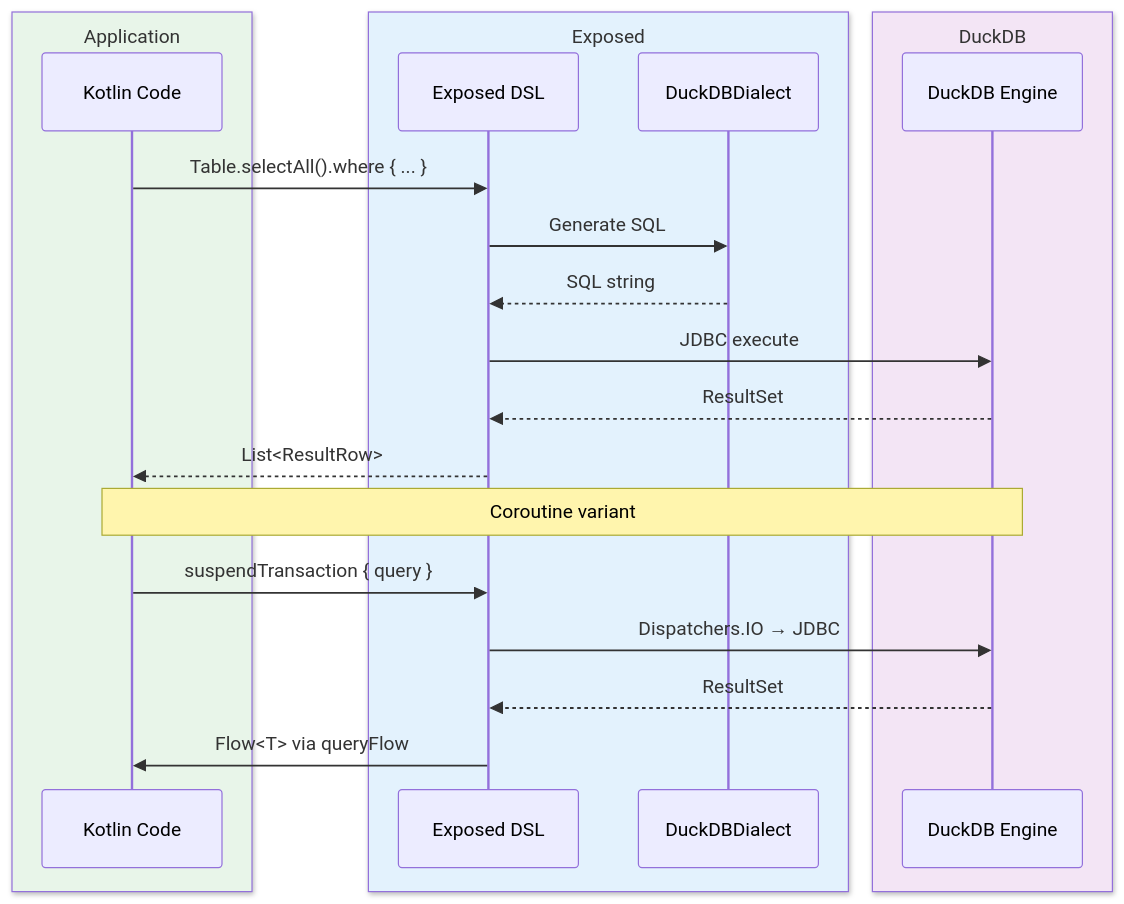
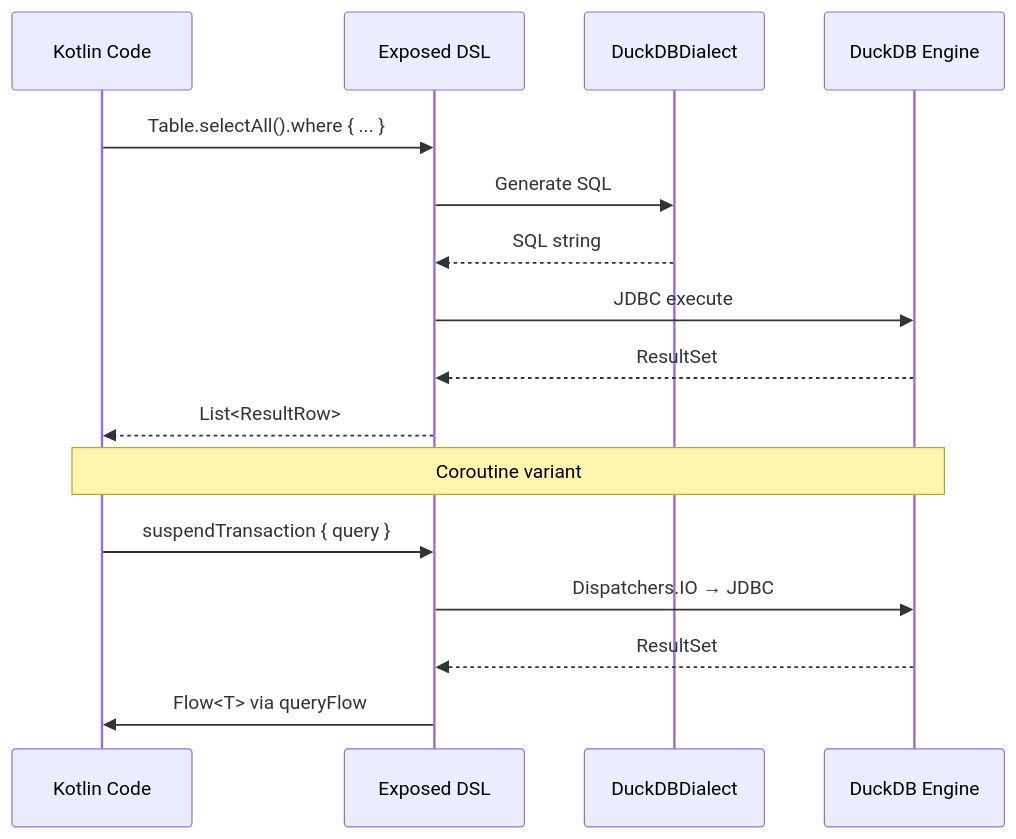
Before and after one commit to bluetape4k/bluetape4k-projects: the second of 2 diagrams in data/exposed-duckdb/README.md, drawn with Mermaid. The commit also changed other lines of this file and 219 other files, not shown here.

First line of the commit message:
docs: 전체 README Mermaid 다이어그램 가이드 적용

````diff
--- a/data/exposed-duckdb/README.md
+++ b/data/exposed-duckdb/README.md
@@ -141,26 +141,20 @@
 ```mermaid
 sequenceDiagram
-    box rgb(232,245,233) Application
         participant App as Kotlin Code
-    end
-    box rgb(227,242,253) Exposed
         participant DSL as Exposed DSL
         participant DIA as DuckDBDialect
-    end
-    box rgb(243,229,245) DuckDB
         participant DB as DuckDB Engine
-    end
 
     App->>DSL: Table.selectAll().where { ... }
     DSL->>DIA: Generate SQL
     DIA-->>DSL: SQL string
     DSL->>DB: JDBC execute
     DB-->>DSL: ResultSet
     DSL-->>App: List<ResultRow>
 
     Note over App,DB: Coroutine variant
     App->>DSL: suspendTransaction { query }
     DSL->>DB: Dispatchers.IO → JDBC
     DB-->>DSL: ResultSet
     DSL->>App: Flow<T> via queryFlow
 ```
````
